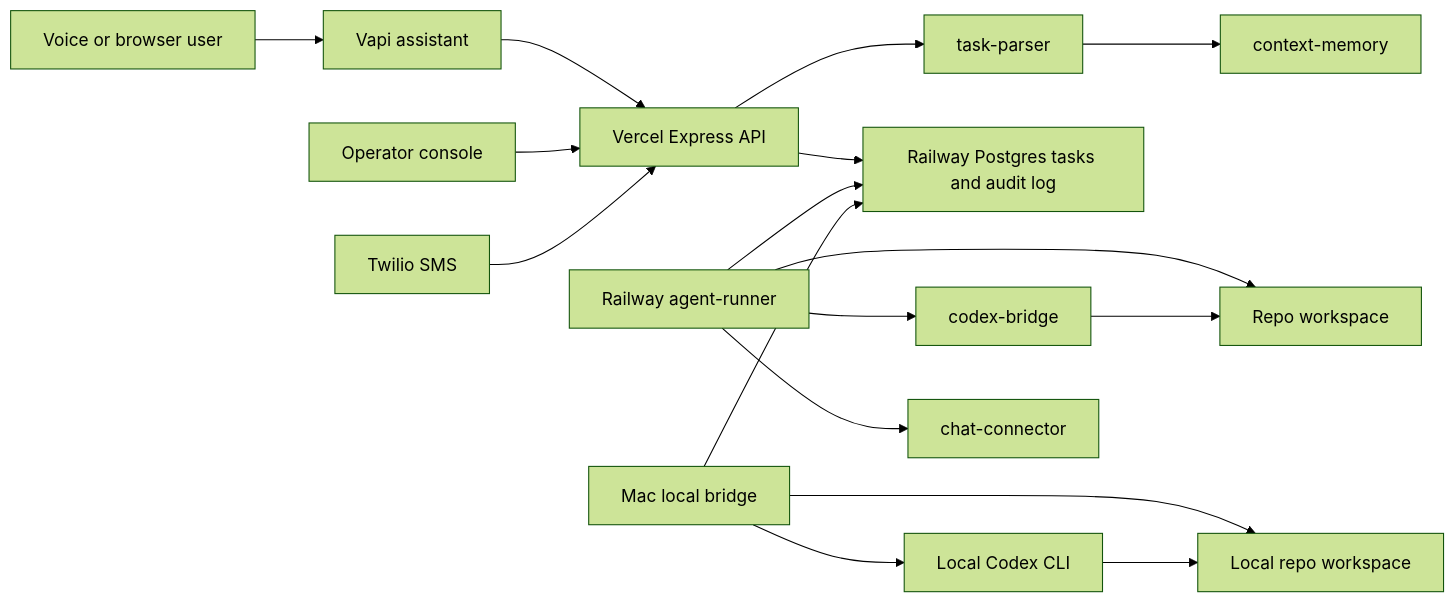
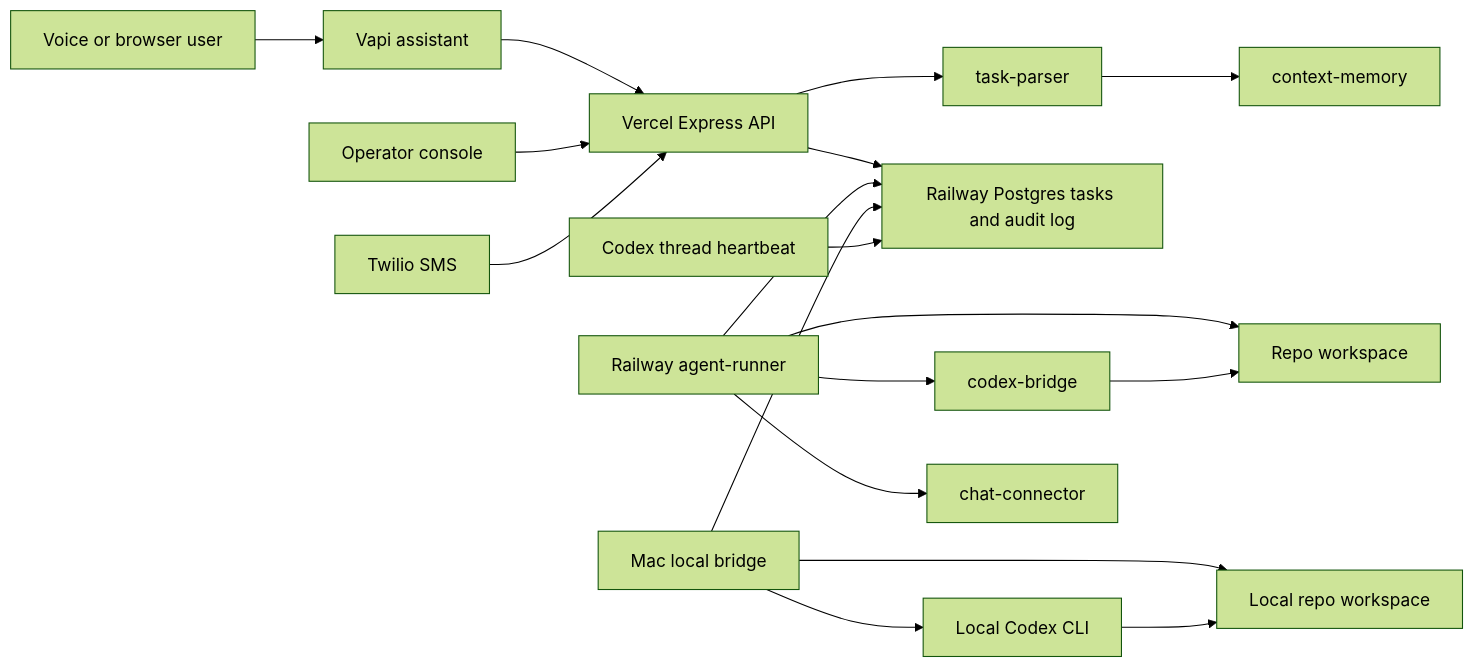
Before and after one commit to blakeburby/CallAI: the diagram in README.md, drawn with Mermaid (forest theme). The commit also changed other lines of this file and 12 other files, not shown here.

First line of the commit message:
Add Codex-thread bridge for persistent Codex session task execution

````diff
--- a/README.md
+++ b/README.md
@@ -7,19 +7,20 @@
 ```mermaid
 flowchart LR
   User["Voice or browser user"] --> Vapi["Vapi assistant"]
   Vapi --> API["Vercel Express API"]
   Browser["Operator console"] --> API
   SMS["Twilio SMS"] --> API
   API --> Parser["task-parser"]
   Parser --> Memory["context-memory"]
   API --> RailwayDB["Railway Postgres tasks and audit log"]
   Runner["Railway agent-runner"] --> RailwayDB
   MacBridge["Mac local bridge"] --> RailwayDB
+  CodexThread["Codex thread heartbeat"] --> RailwayDB
   Runner --> Repo["Repo workspace"]
   MacBridge --> LocalRepo["Local repo workspace"]
   Runner --> Codex["codex-bridge"]
   MacBridge --> LocalCodex["Local Codex CLI"]
   Codex --> Repo
   LocalCodex --> LocalRepo
   Runner --> Chat["chat-connector"]
 ```
````
